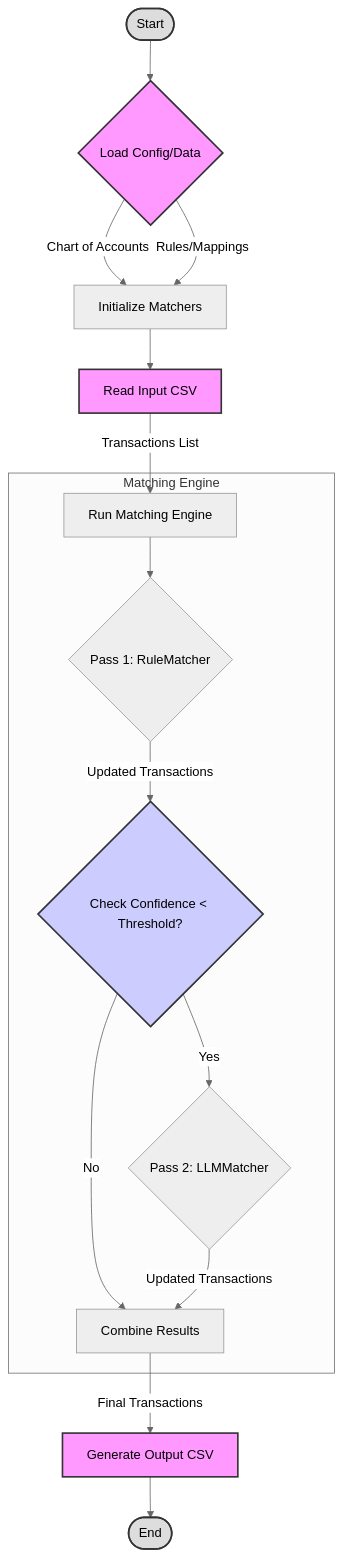
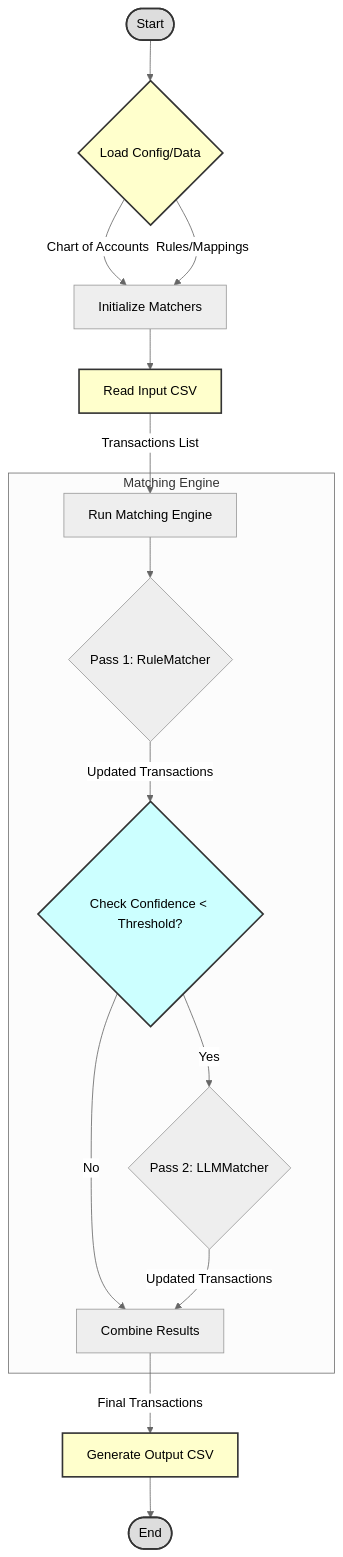
The first of 3 diagrams in README.md (filio623/TXL_Accounting_Demo), drawn with Mermaid (neutral theme) before and after one commit.

Commit message:
graphics fix

````diff
--- a/README.md
+++ b/README.md
@@ -78,26 +78,26 @@
 ```mermaid
 graph TD
     Start([Start]) --> LoadConfig{Load Config/Data};
     LoadConfig -- Chart of Accounts --> InitMatchers[Initialize Matchers];
     LoadConfig -- Rules/Mappings --> InitMatchers;
     InitMatchers --> ReadInput[Read Input CSV];
     ReadInput -- Transactions List --> RunEngine[Run Matching Engine];
 
     subgraph Matching Engine
         RunEngine --> Pass1{Pass 1: RuleMatcher};
         Pass1 -- Updated Transactions --> CheckThreshold{Check Confidence < Threshold?};
         CheckThreshold -- Yes --> Pass2{Pass 2: LLMMatcher};
         CheckThreshold -- No --> CombineResults[Combine Results];
         Pass2 -- Updated Transactions --> CombineResults;
     end
 
     CombineResults -- Final Transactions --> GenerateOutput[Generate Output CSV];
     GenerateOutput --> End([End]);
 
     style Start fill:#ddd,stroke:#333,stroke-width:2px
     style End fill:#ddd,stroke:#333,stroke-width:2px
-    style LoadConfig fill:#f9f,stroke:#333,stroke-width:2px
-    style ReadInput fill:#f9f,stroke:#333,stroke-width:2px
-    style GenerateOutput fill:#f9f,stroke:#333,stroke-width:2px
-    style CheckThreshold fill:#ccf,stroke:#333,stroke-width:2px
+    style LoadConfig fill:#ffc,stroke:#333,stroke-width:2px
+    style ReadInput fill:#ffc,stroke:#333,stroke-width:2px
+    style GenerateOutput fill:#ffc,stroke:#333,stroke-width:2px
+    style CheckThreshold fill:#cff,stroke:#333,stroke-width:2px
 ```
````
